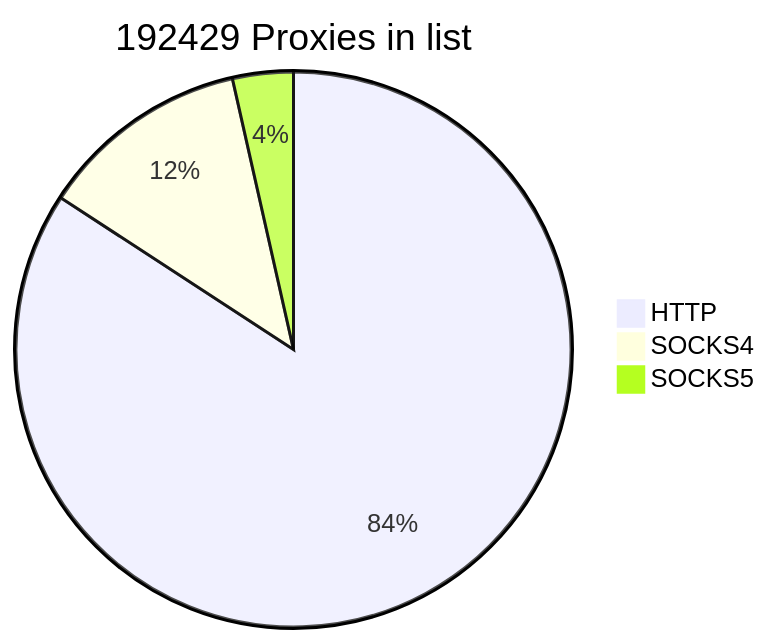
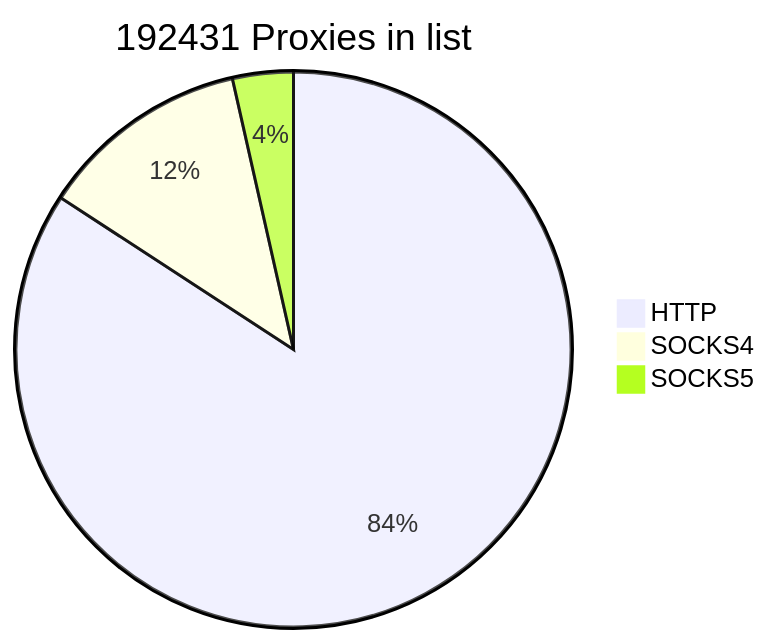
The first of 2 diagrams in README.md (cutipu/proxylist), drawn with Mermaid before and after one commit. The commit also changed other lines of this file, not shown here.

````diff
--- a/README.md
+++ b/README.md
@@ -2,7 +2,7 @@
 ```mermaid
-pie title 192429 Proxies in list
-    "HTTP" : 162018
-    "SOCKS4" : 23618
+pie title 192431 Proxies in list
+    "HTTP" : 162019
+    "SOCKS4" : 23619
     "SOCKS5" : 6793
             
 ```
````
